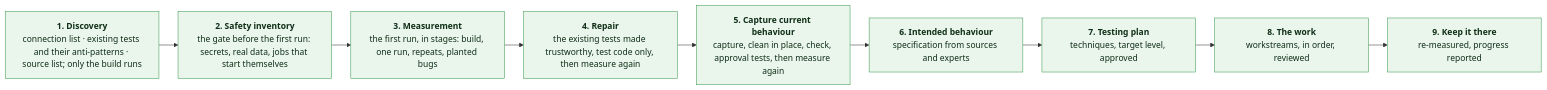
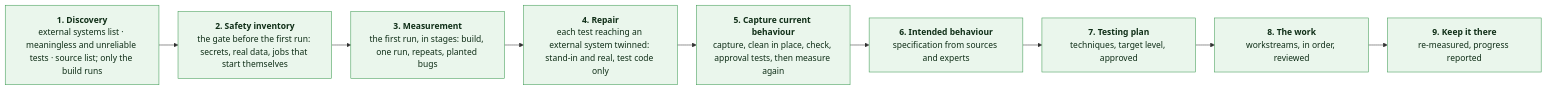
One commit to fiftiesHousewife/under-test changed the diagram in docs/JOURNEY.md. Above: the diagram before and after it, drawn with Mermaid. The commit also changed other lines of this file and 9 other files, not shown here.

First line of the commit message:
Discovery keeps three lists of tests apart, "external system" replaces "connection", and the drawing follows the skills

````diff
--- a/docs/JOURNEY.md
+++ b/docs/JOURNEY.md
@@ -8,14 +8,14 @@
 ```mermaid
 %%{init: {"flowchart": {"wrappingWidth": 230, "nodeSpacing": 28, "rankSpacing": 36}}}%%
 flowchart LR
-    D["<b>1. Discovery</b><br/>connection list · existing tests and their anti-patterns · source list; only the build runs"] --> S["<b>2. Safety inventory</b><br/>the gate before the first run: secrets, real data, jobs that start themselves"]
+    D["<b>1. Discovery</b><br/>external systems list · meaningless and unreliable tests · source list; only the build runs"] --> S["<b>2. Safety inventory</b><br/>the gate before the first run: secrets, real data, jobs that start themselves"]
     S --> M["<b>3. Measurement</b><br/>the first run, in stages: build, one run, repeats, planted bugs"]
-    M --> R["<b>4. Repair</b><br/>the existing tests made trustworthy, test code only, then measure again"]
+    M --> R["<b>4. Repair</b><br/>each test reaching an external system twinned: stand-in and real, test code only"]
     R --> C["<b>5. Capture current behaviour</b><br/>capture, clean in place, check, approval tests, then measure again"]
     C --> B["<b>6. Intended behaviour</b><br/>specification from sources and experts"]
     B --> P["<b>7. Testing plan</b><br/>techniques, target level, approved"]
     P --> W["<b>8. The work</b><br/>workstreams, in order, reviewed"]
     W --> K["<b>9. Keep it there</b><br/>re-measured, progress reported"]
     classDef step fill:#eaf6ec,stroke:#3c9a52,color:#0f2e17
     class D,S,C,M,R,B,P,W,K step
 ```
````
